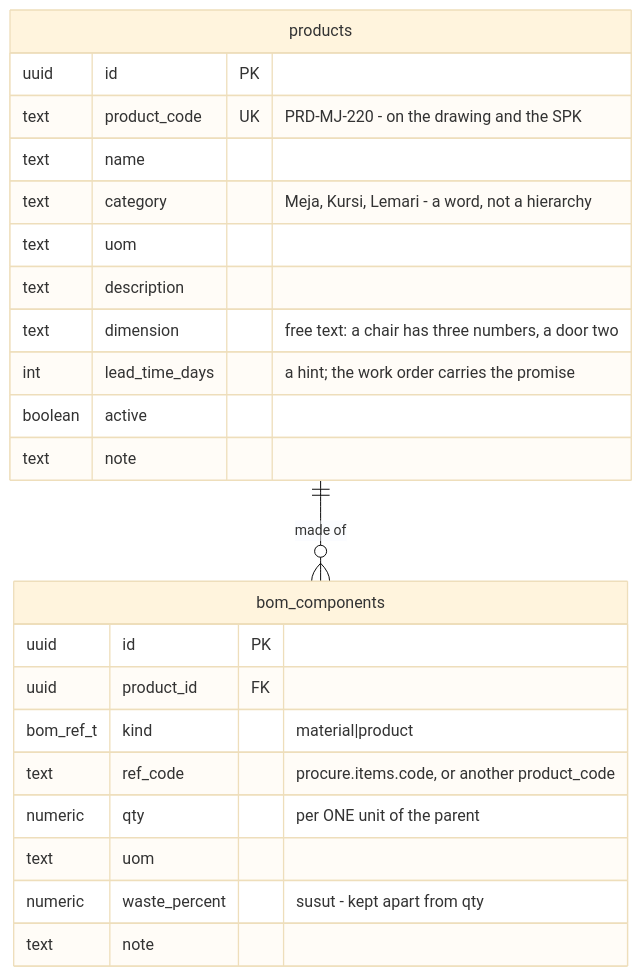
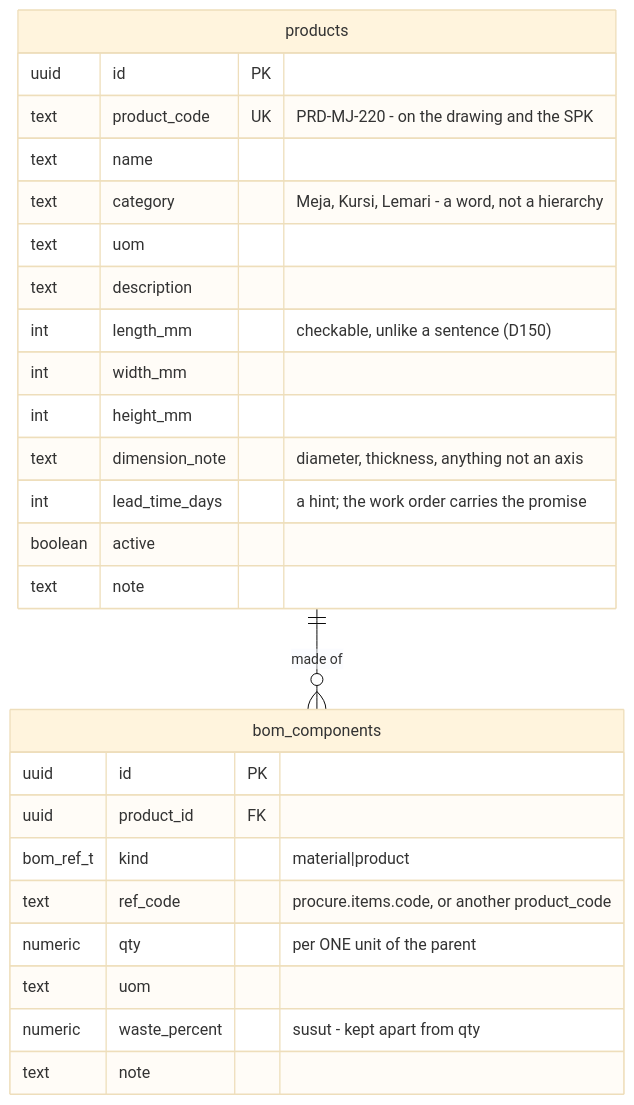
The eighth of 8 diagrams in docs/plan/02-database.md (talait/ops-talaliving), drawn with Mermaid (base theme) before and after one commit. The commit also changed other lines of this file and 21 other files, not shown here.

````diff
--- a/docs/plan/02-database.md
+++ b/docs/plan/02-database.md
@@ -1378,27 +1391,30 @@
 ```mermaid
 erDiagram
     products ||--o{ bom_components : "made of"
 
     products {
         uuid id PK
         text product_code UK "PRD-MJ-220 - on the drawing and the SPK"
         text name
         text category "Meja, Kursi, Lemari - a word, not a hierarchy"
         text uom
         text description
-        text dimension "free text: a chair has three numbers, a door two"
+        int length_mm "checkable, unlike a sentence (D150)"
+        int width_mm
+        int height_mm
+        text dimension_note "diameter, thickness, anything not an axis"
         int lead_time_days "a hint; the work order carries the promise"
         boolean active
         text note
     }
     bom_components {
         uuid id PK
         uuid product_id FK
         bom_ref_t kind "material|product"
         text ref_code "procure.items.code, or another product_code"
         numeric qty "per ONE unit of the parent"
         text uom
         numeric waste_percent "susut - kept apart from qty"
         text note
     }
 ```
````
